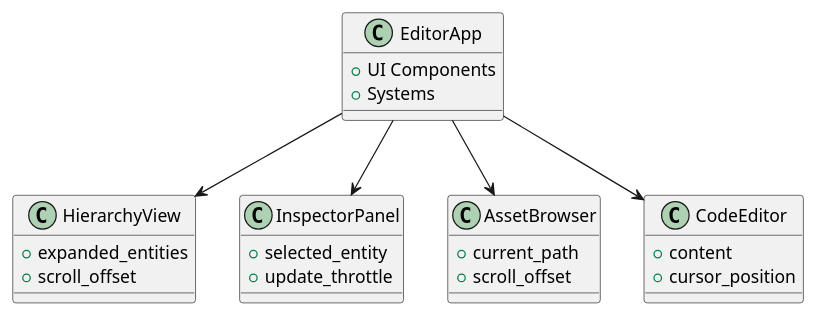
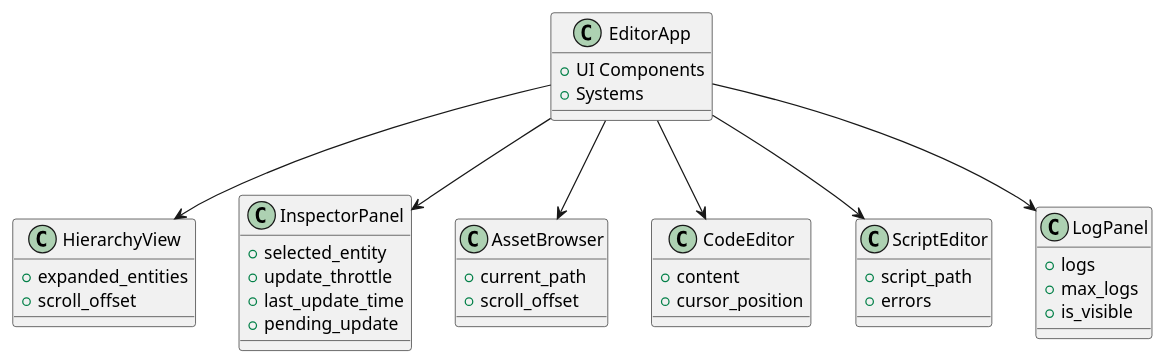
The first of 3 diagrams in docs/architecture/component-diagram.md (rhsmz/adbxEngine), drawn with PlantUML before and after one commit. The commit also changed other lines of this file and 11 other files, not shown here.

Commit message:
Update documentation: READMEとアーキテクチャ図を、サードパーティライセンス、リソース初期化フロー、既知の問題に関する新規セクションを含む詳細情報で充実させる。ビルド設定とトラブルシューティングのヒントでユーザーガイドを改善すると同時に、エディタ機能とコンポーネントエディタの説明を明確化・完全化するため精緻化する。

````diff
--- a/docs/architecture/component-diagram.md
+++ b/docs/architecture/component-diagram.md
@@ -7,33 +7,48 @@
-```plantuml
+```kroki-plantuml
 @startuml
 class EditorApp {
     + UI Components
     + Systems
 }
 
 class HierarchyView {
     + expanded_entities
     + scroll_offset
 }
 
 class InspectorPanel {
     + selected_entity
     + update_throttle
+    + last_update_time
+    + pending_update
 }
 
 class AssetBrowser {
     + current_path
     + scroll_offset
 }
 
 class CodeEditor {
     + content
     + cursor_position
 }
 
+class ScriptEditor {
+    + script_path
+    + errors
+}
+
+class LogPanel {
+    + logs
+    + max_logs
+    + is_visible
+}
+
 EditorApp --> HierarchyView
 EditorApp --> InspectorPanel
 EditorApp --> AssetBrowser
 EditorApp --> CodeEditor
+EditorApp --> ScriptEditor
+EditorApp --> LogPanel
 @enduml
 ```
````
